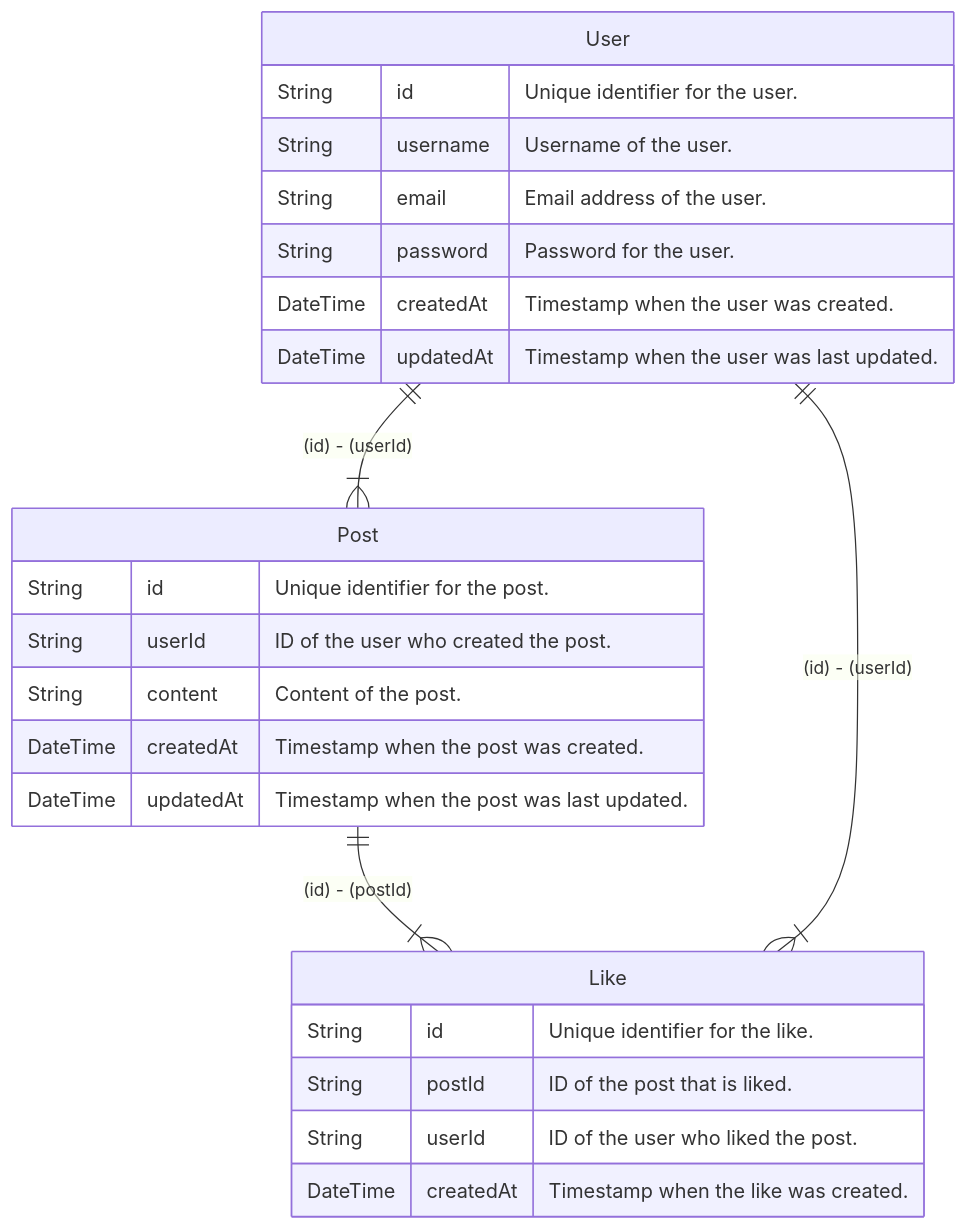
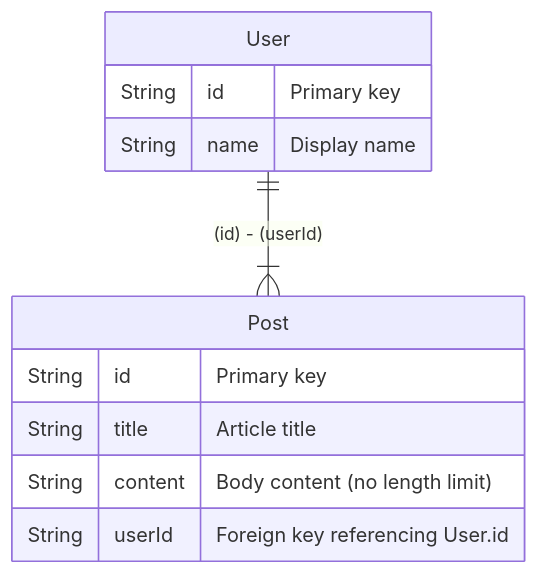
Before and after one commit to nakita628/hekireki: the diagram in packages/hekireki/prisma/mermaid-er/ER.md, drawn with Mermaid. The commit also changed 3 other files, not shown here.

````diff
--- a/packages/hekireki/prisma/mermaid-er/ER.md
+++ b/packages/hekireki/prisma/mermaid-er/ER.md
@@ -1,27 +1,14 @@
 ```mermaid
 erDiagram
     User ||--}| Post : "(id) - (userId)"
-    Post ||--}| Like : "(id) - (postId)"
-    User ||--}| Like : "(id) - (userId)"
     User {
-        String id "Unique identifier for the user."
-        String username "Username of the user."
-        String email "Email address of the user."
-        String password "Password for the user."
-        DateTime createdAt "Timestamp when the user was created."
-        DateTime updatedAt "Timestamp when the user was last updated."
+        String id "Primary key"
+        String name "Display name"
     }
     Post {
-        String id "Unique identifier for the post."
-        String userId "ID of the user who created the post."
-        String content "Content of the post."
-        DateTime createdAt "Timestamp when the post was created."
-        DateTime updatedAt "Timestamp when the post was last updated."
-    }
-    Like {
-        String id "Unique identifier for the like."
-        String postId "ID of the post that is liked."
-        String userId "ID of the user who liked the post."
-        DateTime createdAt "Timestamp when the like was created."
+        String id "Primary key"
+        String title "Article title"
+        String content "Body content (no length limit)"
+        String userId "Foreign key referencing User.id"
     }
 ```
````
